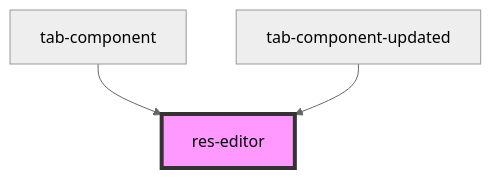
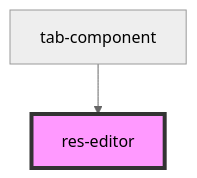
Before and after one commit to techvariable/NeptuneConnectComponents: the diagram in src/components/res-editor/readme.md, drawn with Mermaid (neutral theme). The commit also changed other lines of this file and 7 other files, not shown here.

````diff
--- a/src/components/res-editor/readme.md
+++ b/src/components/res-editor/readme.md
@@ -24,6 +23,5 @@
 ```mermaid
 graph TD;
   tab-component --> res-editor
-  tab-component-updated --> res-editor
   style res-editor fill:#f9f,stroke:#333,stroke-width:4px
 ```
````
